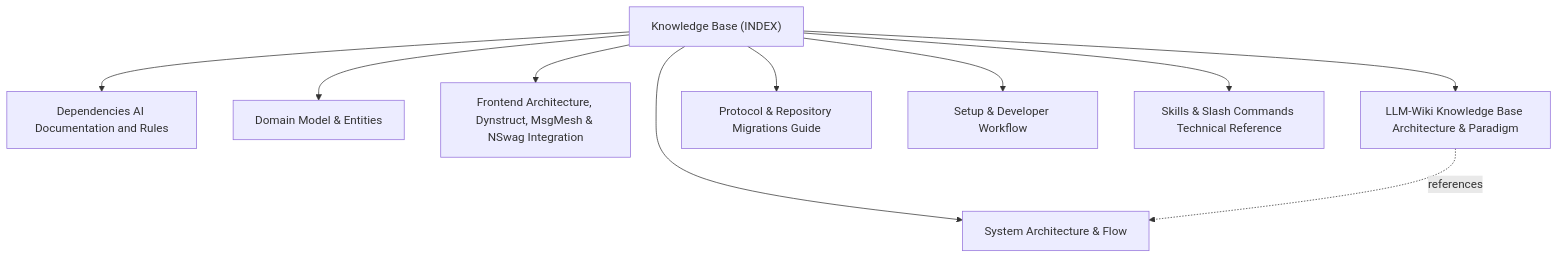
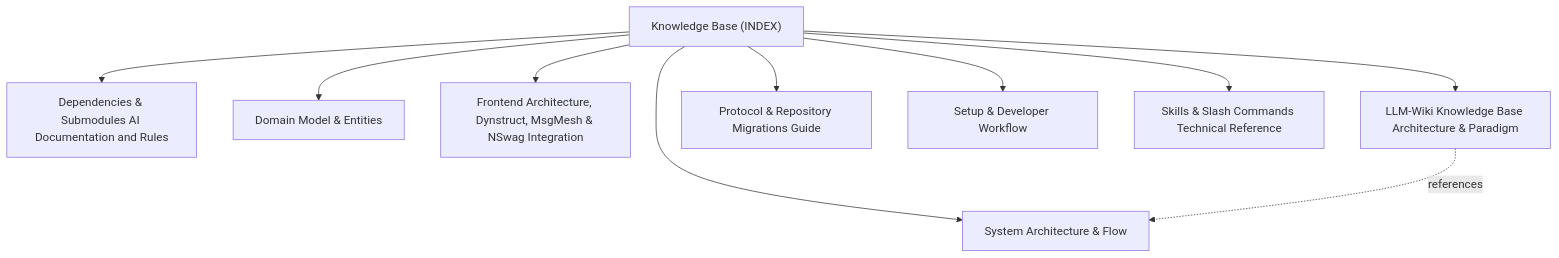
The diagram in docs/INDEX.md (actdim/agents), drawn with Mermaid before and after one commit. The commit also changed other lines of this file and 42 other files, not shown here.

````diff
--- a/docs/INDEX.md
+++ b/docs/INDEX.md
@@ -17,21 +17,21 @@
 ```mermaid
 flowchart TD
     INDEX["Knowledge Base (INDEX)"]
     T_ARCHITECTURE["System Architecture & Flow"]
     INDEX --> T_ARCHITECTURE
-    T_DEPENDENCIES["Dependencies AI Documentation and Rules"]
+    T_DEPENDENCIES["Dependencies & Submodules AI Documentation and Rules"]
     INDEX --> T_DEPENDENCIES
     T_DOMAIN_MODEL["Domain Model & Entities"]
     INDEX --> T_DOMAIN_MODEL
     T_FRONTEND_FRAMEWORKS["Frontend Architecture, Dynstruct, MsgMesh & NSwag Integration"]
     INDEX --> T_FRONTEND_FRAMEWORKS
     T_LLM_WIKI_ARCHITECTURE["LLM-Wiki Knowledge Base Architecture & Paradigm"]
     INDEX --> T_LLM_WIKI_ARCHITECTURE
     T_MIGRATIONS["Protocol & Repository Migrations Guide"]
     INDEX --> T_MIGRATIONS
     T_SETUP_AND_WORKFLOW["Setup & Developer Workflow"]
     INDEX --> T_SETUP_AND_WORKFLOW
     T_SKILLS_REFERENCE["Skills & Slash Commands Technical Reference"]
     INDEX --> T_SKILLS_REFERENCE
     T_LLM_WIKI_ARCHITECTURE -.->|references| T_ARCHITECTURE
 ```
````
